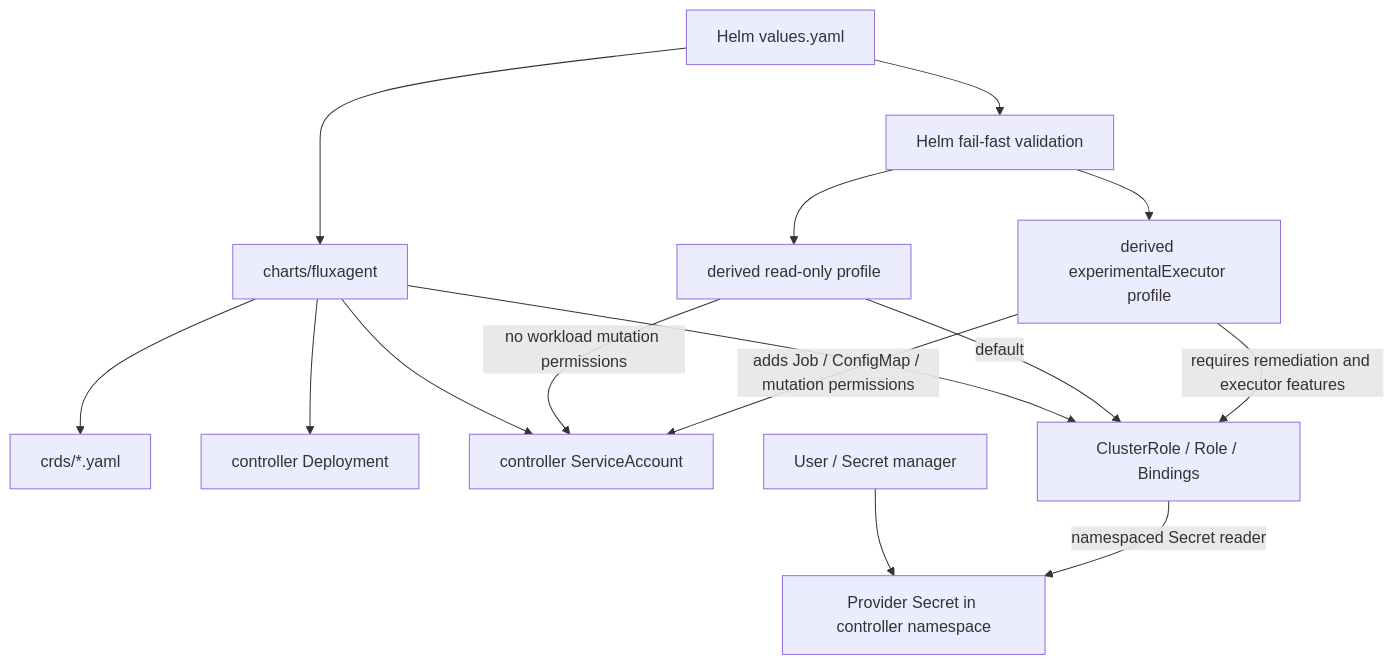
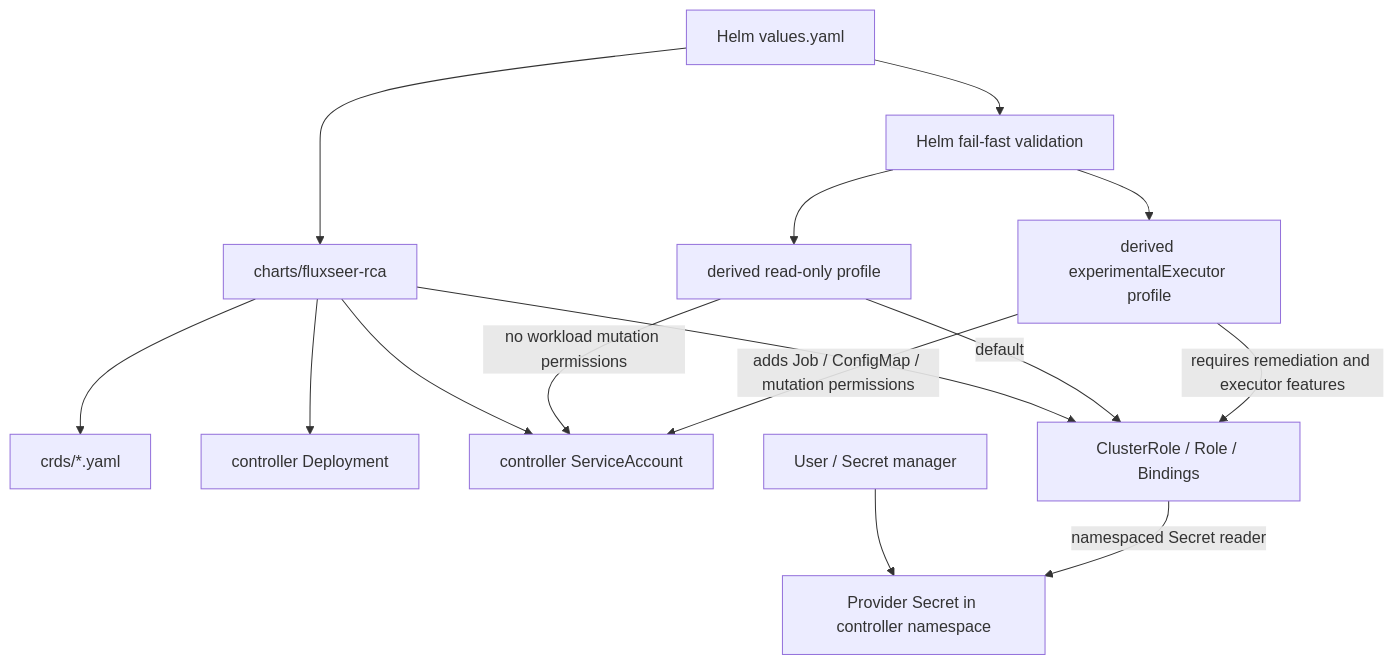
Diagram 16 of 18 in docs/architecture/mermaid-diagrams.md (FluxSeer/fluxseer-rca), drawn with Mermaid before and after one commit. The commit also changed other lines of this file and 50 other files, not shown here.

````diff
--- a/docs/architecture/mermaid-diagrams.md
+++ b/docs/architecture/mermaid-diagrams.md
@@ -830,30 +830,30 @@
 ```mermaid
 flowchart TB
     Values[Helm values.yaml]
-    Chart[charts/fluxagent]
+    Chart[charts/fluxseer-rca]
     CRDs[crds/*.yaml]
     Deploy[controller Deployment]
     SA[controller ServiceAccount]
     RBAC[ClusterRole / Role / Bindings]
     Secrets[Provider Secret in controller namespace]
     SecretOwner[User / Secret manager]
     ReadOnly[derived read-only profile]
     Remediate[derived experimentalExecutor profile]
     Validation[Helm fail-fast validation]
 
     Values --> Chart
     Chart --> CRDs
     Chart --> Deploy
     Chart --> SA
     Chart --> RBAC
     SecretOwner --> Secrets
     RBAC -->|namespaced Secret reader| Secrets
 
     Values --> Validation
     Validation --> ReadOnly
     Validation --> Remediate
     ReadOnly -->|default| RBAC
     ReadOnly -->|no workload mutation permissions| SA
     Remediate -->|requires remediation and executor features| RBAC
     Remediate -->|adds Job / ConfigMap / mutation permissions| SA
 ```
````
